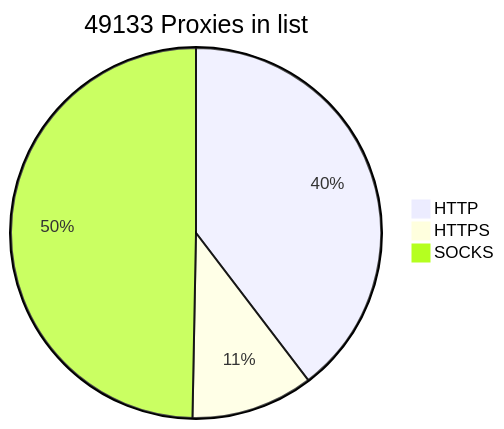
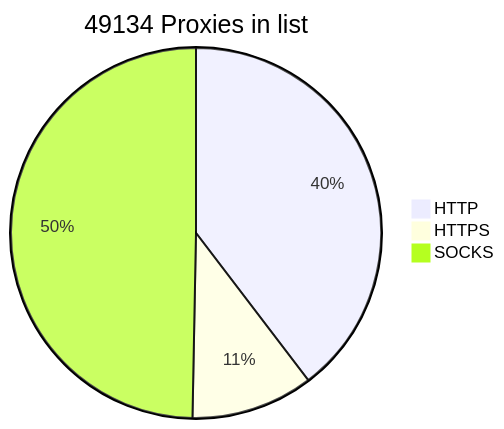
One commit to BlackSnowDot/proxylist-update-every-minute changed the diagram in README.md. Above: the diagram before and after it, drawn with Mermaid.

````diff
--- a/README.md
+++ b/README.md
@@ -2,6 +2,6 @@
 ```mermaid
-pie title 49133 Proxies in list
+pie title 49134 Proxies in list
     "HTTP" : 21515
     "HTTPS": 5795
-    "SOCKS" : 26980
+    "SOCKS" : 26981
 ```
````
